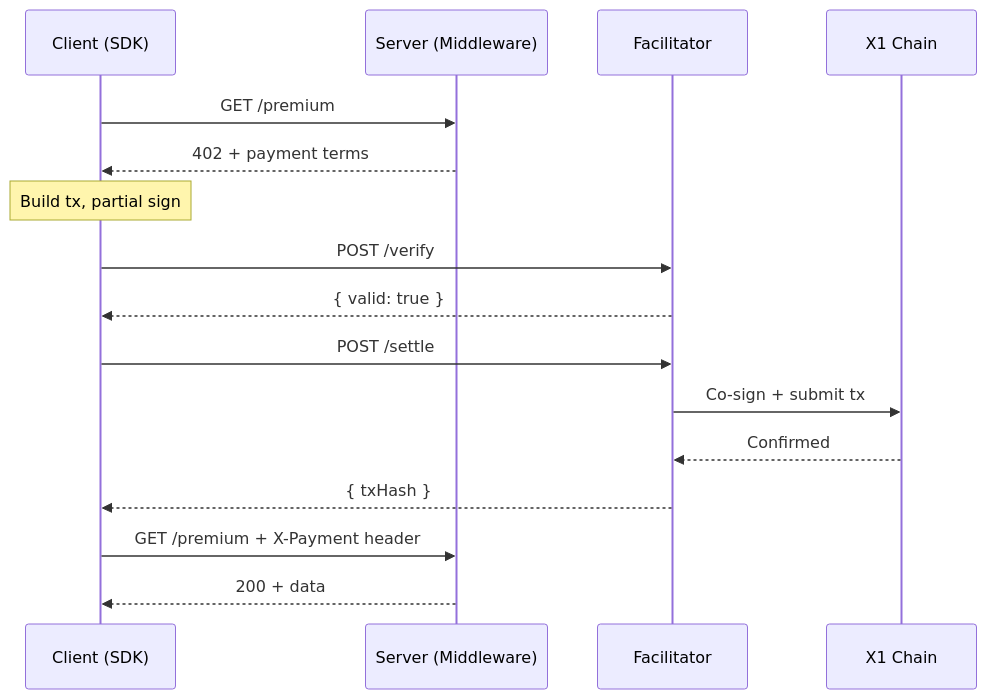
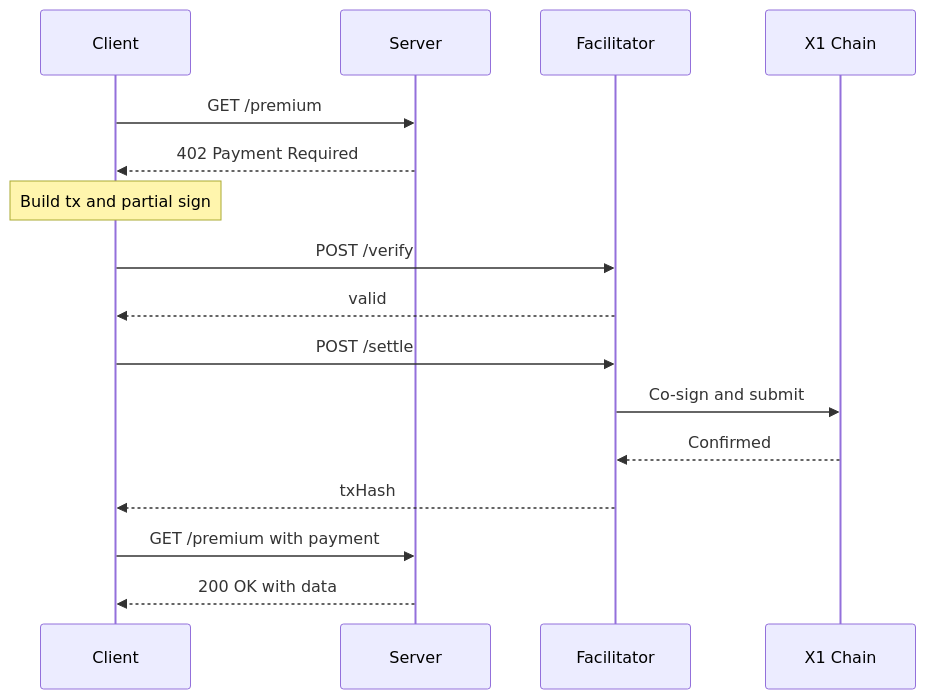
The second of 2 diagrams in README.md (Xenian84/x1pays), drawn with Mermaid before and after one commit. The commit also changed other lines of this file, not shown here.

Commit message:
Fix Mermaid diagrams — remove special characters causing render failure

````diff
--- a/README.md
+++ b/README.md
@@ -142,22 +134,22 @@
 ```mermaid
 sequenceDiagram
-    participant C as Client (SDK)
-    participant S as Server (Middleware)
+    participant C as Client
+    participant S as Server
     participant F as Facilitator
     participant X as X1 Chain
 
     C->>S: GET /premium
-    S-->>C: 402 + payment terms
+    S-->>C: 402 Payment Required
 
-    Note over C: Build tx, partial sign
+    Note over C: Build tx and partial sign
 
     C->>F: POST /verify
-    F-->>C: { valid: true }
+    F-->>C: valid
     C->>F: POST /settle
-    F->>X: Co-sign + submit tx
+    F->>X: Co-sign and submit
     X-->>F: Confirmed
-    F-->>C: { txHash }
+    F-->>C: txHash
 
-    C->>S: GET /premium + X-Payment header
-    S-->>C: 200 + data
+    C->>S: GET /premium with payment
+    S-->>C: 200 OK with data
 ```
````
